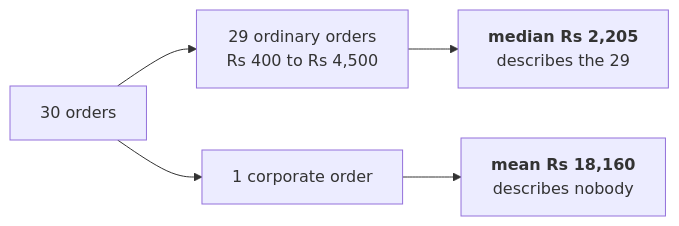
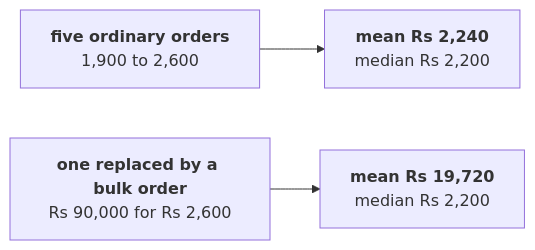
Before and after one commit to fde-academy-lab/c2-content-factory: the third of 3 diagrams in content/W01/D1/whiteboards/C2_W01_D01_revenue_tree_STUDENT.md, drawn with Mermaid. The commit also changed other lines of this file and 6 other files, not shown here.

````diff
--- a/content/W01/D1/whiteboards/C2_W01_D01_revenue_tree_STUDENT.md
+++ b/content/W01/D1/whiteboards/C2_W01_D01_revenue_tree_STUDENT.md
@@ -90,7 +69,5 @@
 ```mermaid
 flowchart LR
-    A["30 orders"] --> B["29 ordinary orders<br/>Rs 400 to Rs 4,500"]
-    A --> C["1 corporate order"]
-    B --> D["<b>median Rs 2,205</b><br/>describes the 29"]
-    C --> E["<b>mean Rs 18,160</b><br/>describes nobody"]
+    A["<b>five ordinary orders</b><br/>1,900 to 2,600"] --> M1["<b>mean Rs 2,240</b><br/>median Rs 2,200"]
+    B["<b>one replaced by a bulk order</b><br/>Rs 90,000 for Rs 2,600"] --> M2["<b>mean Rs 19,720</b><br/>median Rs 2,200"]
 ```
````
